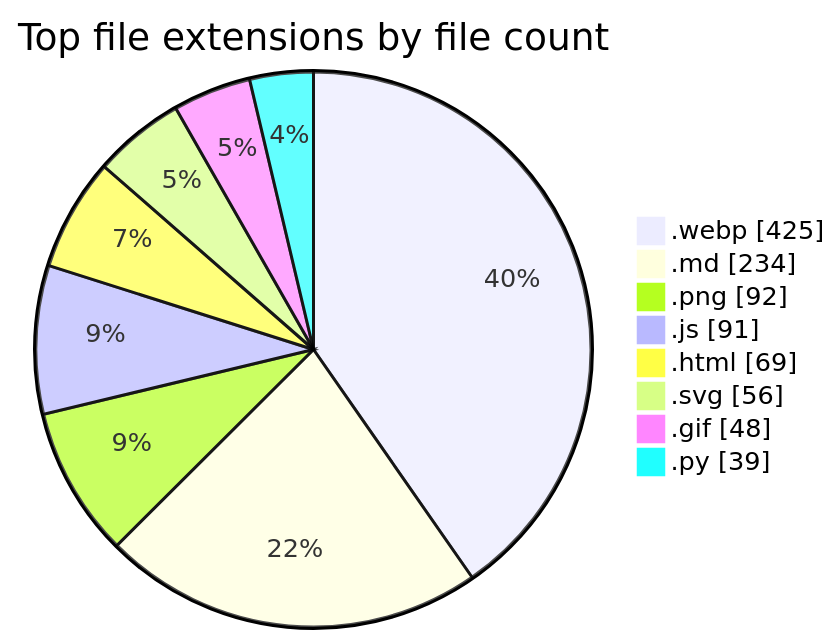
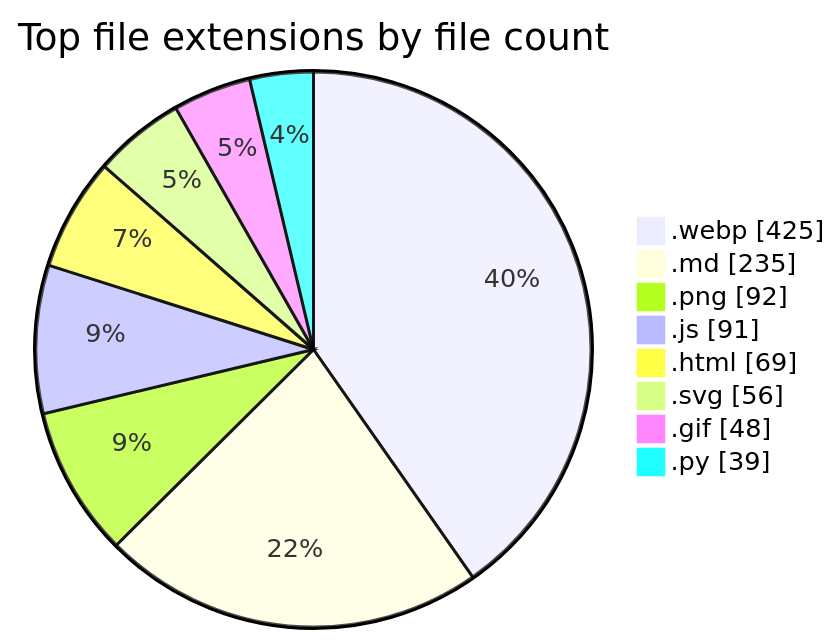
One commit to tchinso/tchinso changed the second of 2 diagrams in README.md. Above: the diagram before and after it, drawn with Mermaid. The commit also changed other lines of this file, not shown here.

````diff
--- a/README.md
+++ b/README.md
@@ -53,12 +53,12 @@
 ```mermaid
 pie showData
     title Top file extensions by file count
     ".webp" : 425
-    ".md" : 234
+    ".md" : 235
     ".png" : 92
     ".js" : 91
     ".html" : 69
     ".svg" : 56
     ".gif" : 48
     ".py" : 39
 ```
````
